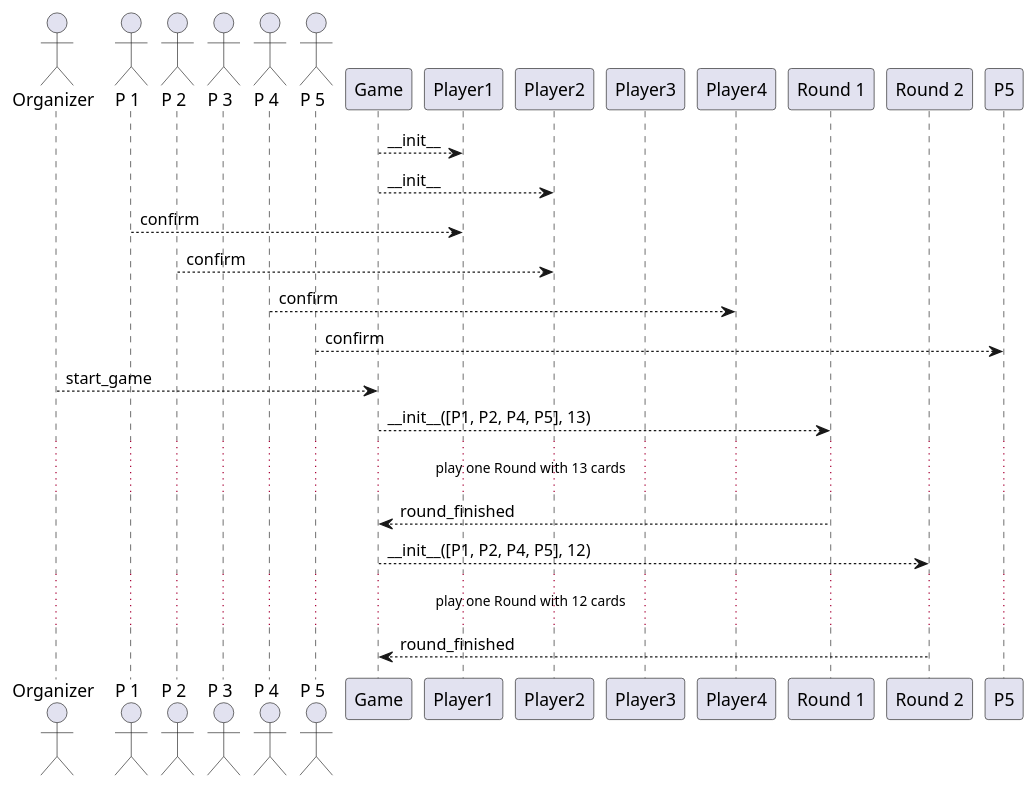
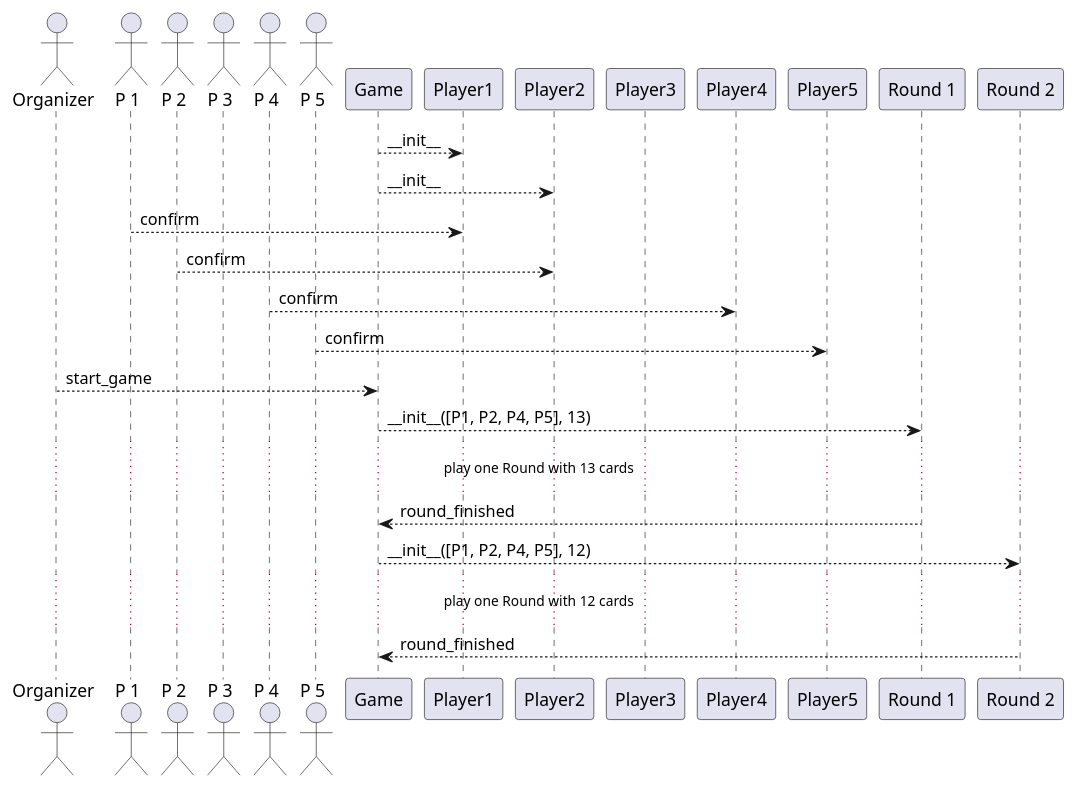
One commit to pcrama/rikiki changed the first of 5 diagrams in README.org. Above: the diagram before and after it, drawn with PlantUML. The commit also changed other lines of this file and 7 other files, not shown here.

```diff
--- a/README.org
+++ b/README.org
@@ -131,28 +150,29 @@
 #+BEGIN_SRC plantuml :file doc/models_game_sequence_diagram.png
   actor Organizer as O
   actor "P 1" as A1
   actor "P 2" as A2
   actor "P 3" as A3
   actor "P 4" as A4
   actor "P 5" as A5
   participant Game as G
   participant "Player1" as P1
   participant "Player2" as P2
   participant "Player3" as P3
   participant "Player4" as P4
+  participant "Player5" as P5
   participant "Round 1" as R1
   participant "Round 2" as R2
   G --> P1 : _~_init~_~_
   G --> P2 : _~_init~_~_
   A1 --> P1 : confirm
   A2 --> P2 : confirm
   A4 --> P4 : confirm
   A5 --> P5 : confirm
   O --> G : start_game
   G --> R1 : _~_init~_~_([P1, P2, P4, P5], 13)
   ... play one Round with 13 cards ...
   R1 --> G : round_finished  
   G --> R2 : _~_init~_~_([P1, P2, P4, P5], 12)
   ... play one Round with 12 cards ...
   R2 --> G : round_finished  
 #+END_SRC
```
